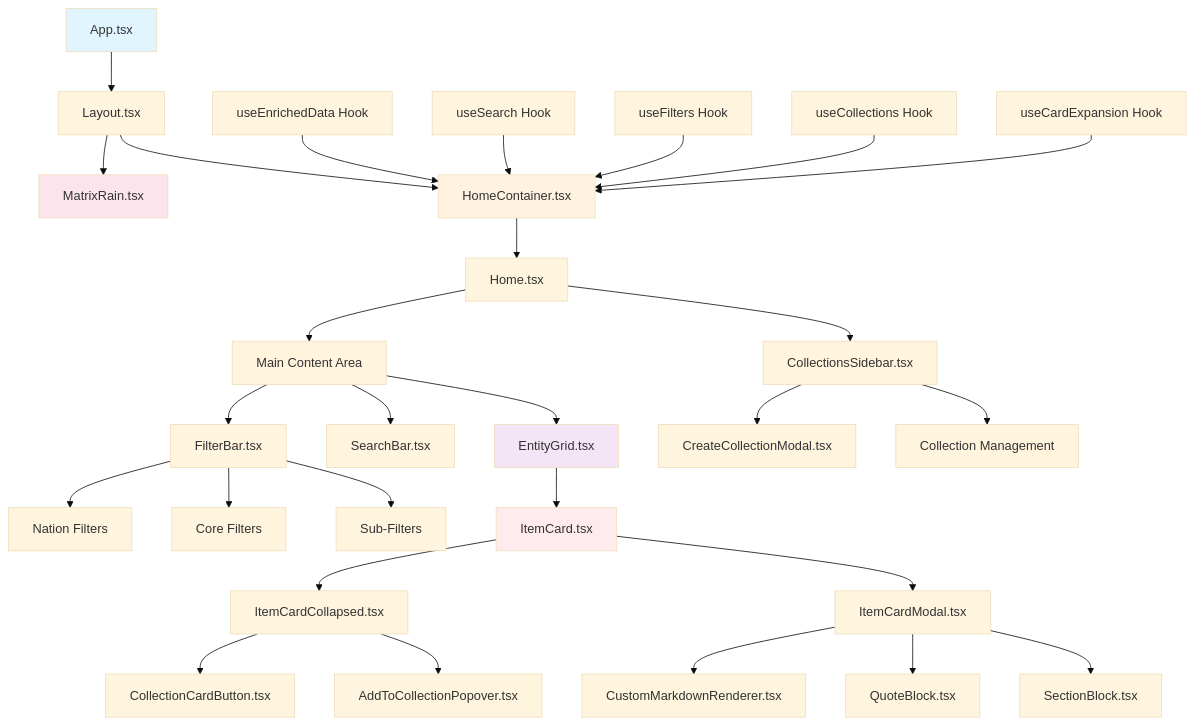
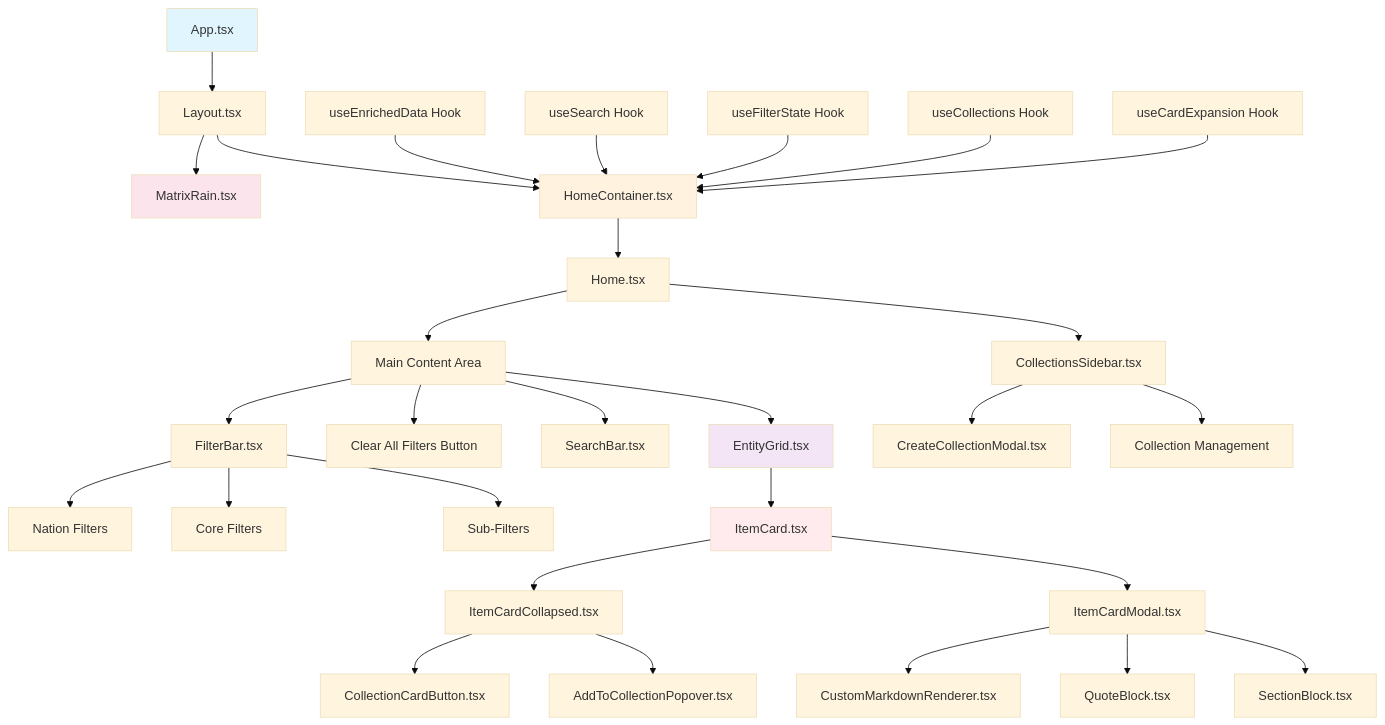
The first of 3 diagrams in docs/frontend architecture.md (AustroMelee/Austros-ATLA-World), drawn with Mermaid (base theme) before and after one commit. The commit also changed other lines of this file and 32 other files, not shown here.

````diff
--- a/docs/frontend architecture.md
+++ b/docs/frontend architecture.md
@@ -5,44 +5,45 @@
 ```mermaid
 graph TD
     A[App.tsx] --> B[Layout.tsx]
     B --> C[MatrixRain.tsx]
     B --> D[HomeContainer.tsx]
     
     D --> E[Home.tsx]
     E --> F[CollectionsSidebar.tsx]
     E --> G[Main Content Area]
     
     G --> H[FilterBar.tsx]
-    G --> I[SearchBar.tsx]
-    G --> J[EntityGrid.tsx]
+    G --> I[Clear All Filters Button]
+    G --> J[SearchBar.tsx]
+    G --> K[EntityGrid.tsx]
     
-    F --> K[CreateCollectionModal.tsx]
-    F --> L[Collection Management]
+    F --> L[CreateCollectionModal.tsx]
+    F --> M[Collection Management]
     
-    H --> M[Nation Filters]
-    H --> N[Core Filters]
-    H --> O[Sub-Filters]
+    H --> N[Nation Filters]
+    H --> O[Core Filters]
+    H --> P[Sub-Filters]
     
-    J --> P[ItemCard.tsx]
-    P --> Q[ItemCardCollapsed.tsx]
-    P --> R[ItemCardModal.tsx]
+    K --> Q[ItemCard.tsx]
+    Q --> R[ItemCardCollapsed.tsx]
+    Q --> S[ItemCardModal.tsx]
     
-    Q --> S[CollectionCardButton.tsx]
-    Q --> T[AddToCollectionPopover.tsx]
+    R --> T[CollectionCardButton.tsx]
+    R --> U[AddToCollectionPopover.tsx]
     
-    R --> U[CustomMarkdownRenderer.tsx]
-    R --> V[QuoteBlock.tsx]
-    R --> W[SectionBlock.tsx]
+    S --> V[CustomMarkdownRenderer.tsx]
+    S --> W[QuoteBlock.tsx]
+    S --> X[SectionBlock.tsx]
     
-    X[useEnrichedData Hook] --> D
-    Y[useSearch Hook] --> D
-    Z[useFilters Hook] --> D
-    AA[useCollections Hook] --> D
-    BB[useCardExpansion Hook] --> D
+    Y[useEnrichedData Hook] --> D
+    Z[useSearch Hook] --> D
+    AA[useFilterState Hook] --> D
+    BB[useCollections Hook] --> D
+    CC[useCardExpansion Hook] --> D
     
     style A fill:#e1f5fe
     style D fill:#fff3e0
-    style J fill:#f3e5f5
-    style P fill:#ffebee
+    style K fill:#f3e5f5
+    style Q fill:#ffebee
     style C fill:#fce4ec
 ```
````
